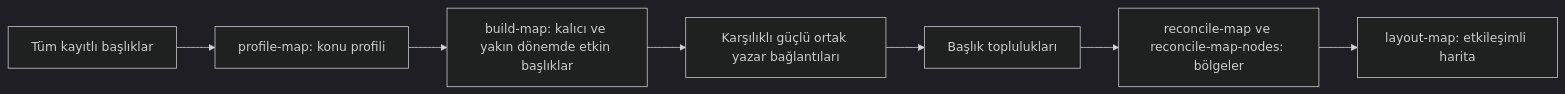
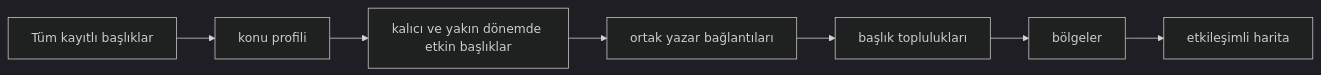
Before and after one commit to humanova/gok: the diagram in docs/map-curation.tr.md, drawn with Mermaid (dark theme). The commit also changed other lines of this file and 1 other file, not shown here.

Commit message:
update map curation docs

````diff
--- a/docs/map-curation.tr.md
+++ b/docs/map-curation.tr.md
@@ -11,9 +10,9 @@
 ```mermaid
 flowchart LR
-  A[Tüm kayıtlı başlıklar] --> B[profile-map: konu profili]
-  B --> C[build-map: kalıcı ve yakın dönemde etkin başlıklar]
-  C --> D[Karşılıklı güçlü ortak yazar bağlantıları]
-  D --> E[Başlık toplulukları]
-  E --> F[reconcile-map ve reconcile-map-nodes: bölgeler]
-  F --> G[layout-map: etkileşimli harita]
+  A[Tüm kayıtlı başlıklar] --> B[konu profili]
+  B --> C[kalıcı ve yakın dönemde etkin başlıklar]
+  C --> D[ortak yazar bağlantıları]
+  D --> E[başlık toplulukları]
+  E --> F[bölgeler]
+  F --> G[etkileşimli harita]
 ```
````
